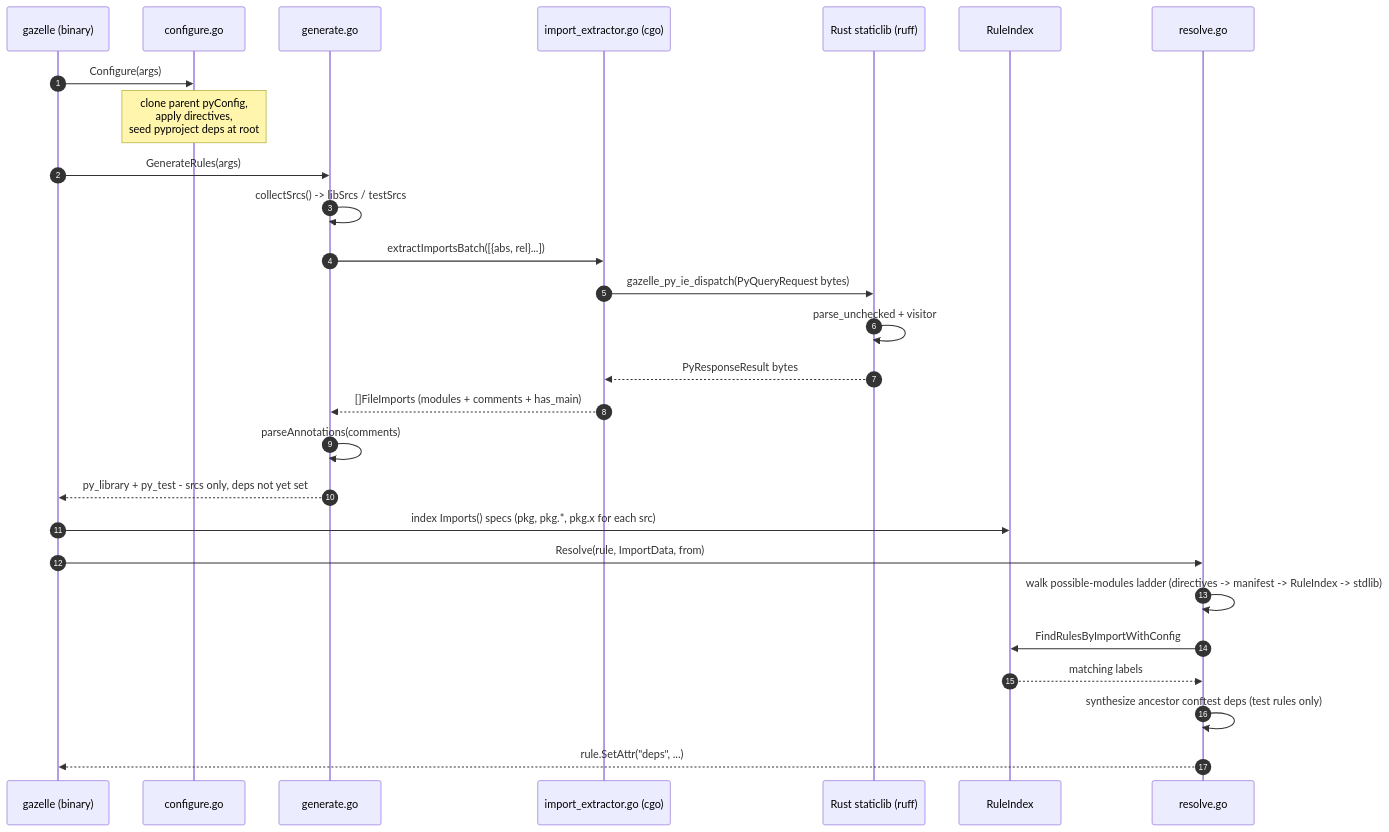
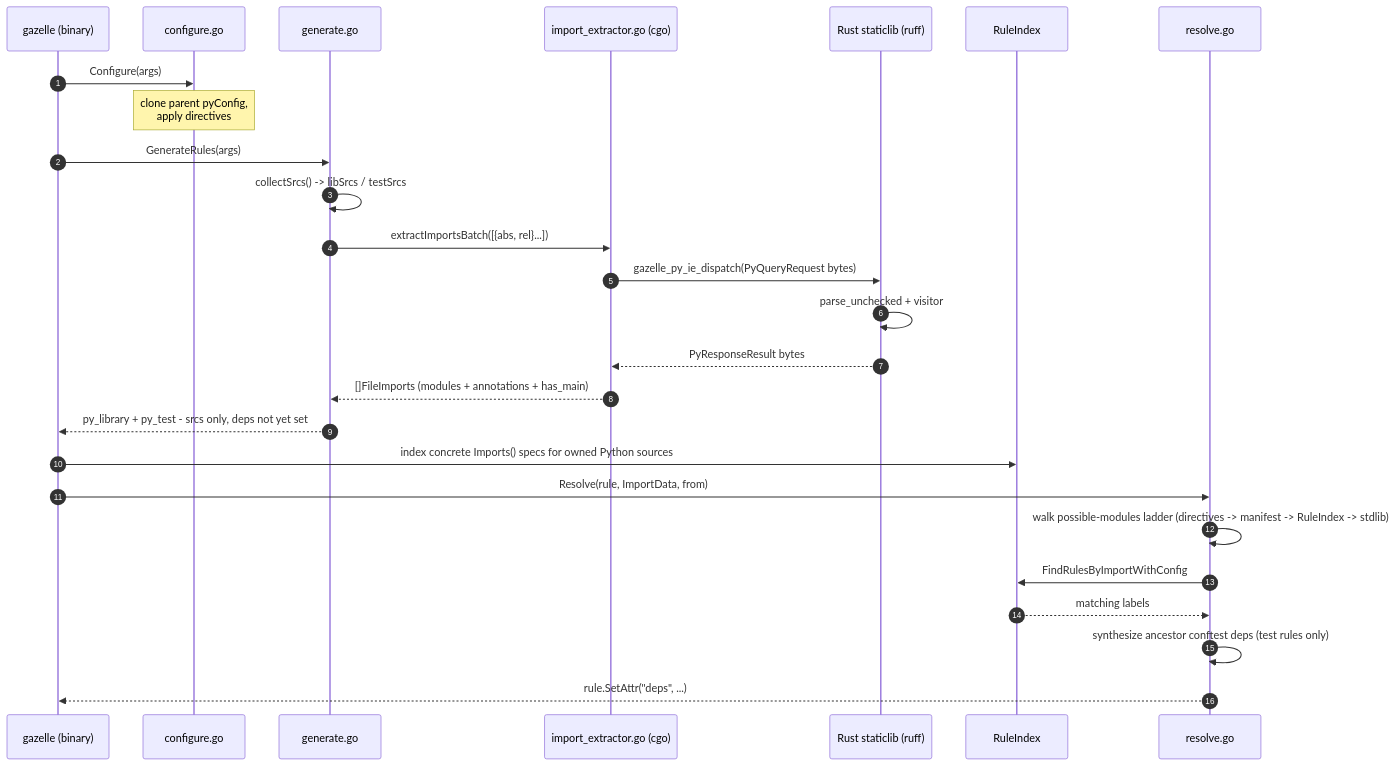
One commit to perplexityai/gazelle_py changed the second of 3 diagrams in README.md. Above: the diagram before and after it, drawn with Mermaid. The commit also changed other lines of this file and 65 other files, not shown here.

````diff
--- a/README.md
+++ b/README.md
@@ -146,33 +146,32 @@
 ```mermaid
 sequenceDiagram
     autonumber
     participant Gz as gazelle (binary)
     participant Cfg as configure.go
     participant Gen as generate.go
     participant FFI as import_extractor.go (cgo)
     participant Rs as Rust staticlib (ruff)
     participant Idx as RuleIndex
     participant Res as resolve.go
 
     Gz->>Cfg: Configure(args)
-    Note over Cfg: clone parent pyConfig,<br/>apply directives,<br/>seed pyproject deps at root
+    Note over Cfg: clone parent pyConfig,<br/>apply directives
 
     Gz->>Gen: GenerateRules(args)
     Gen->>Gen: collectSrcs() -> libSrcs / testSrcs
     Gen->>FFI: extractImportsBatch([{abs, rel}...])
     FFI->>Rs: gazelle_py_ie_dispatch(PyQueryRequest bytes)
     Rs->>Rs: parse_unchecked + visitor
     Rs-->>FFI: PyResponseResult bytes
-    FFI-->>Gen: []FileImports (modules + comments + has_main)
-    Gen->>Gen: parseAnnotations(comments)
+    FFI-->>Gen: []FileImports (modules + annotations + has_main)
     Gen-->>Gz: py_library + py_test - srcs only, deps not yet set
 
-    Gz->>Idx: index Imports() specs (pkg, pkg.*, pkg.x for each src)
+    Gz->>Idx: index concrete Imports() specs for owned Python sources
 
     Gz->>Res: Resolve(rule, ImportData, from)
     Res->>Res: walk possible-modules ladder (directives -> manifest -> RuleIndex -> stdlib)
     Res->>Idx: FindRulesByImportWithConfig
     Idx-->>Res: matching labels
     Res->>Res: synthesize ancestor conftest deps (test rules only)
     Res-->>Gz: rule.SetAttr("deps", ...)
 ```
````
